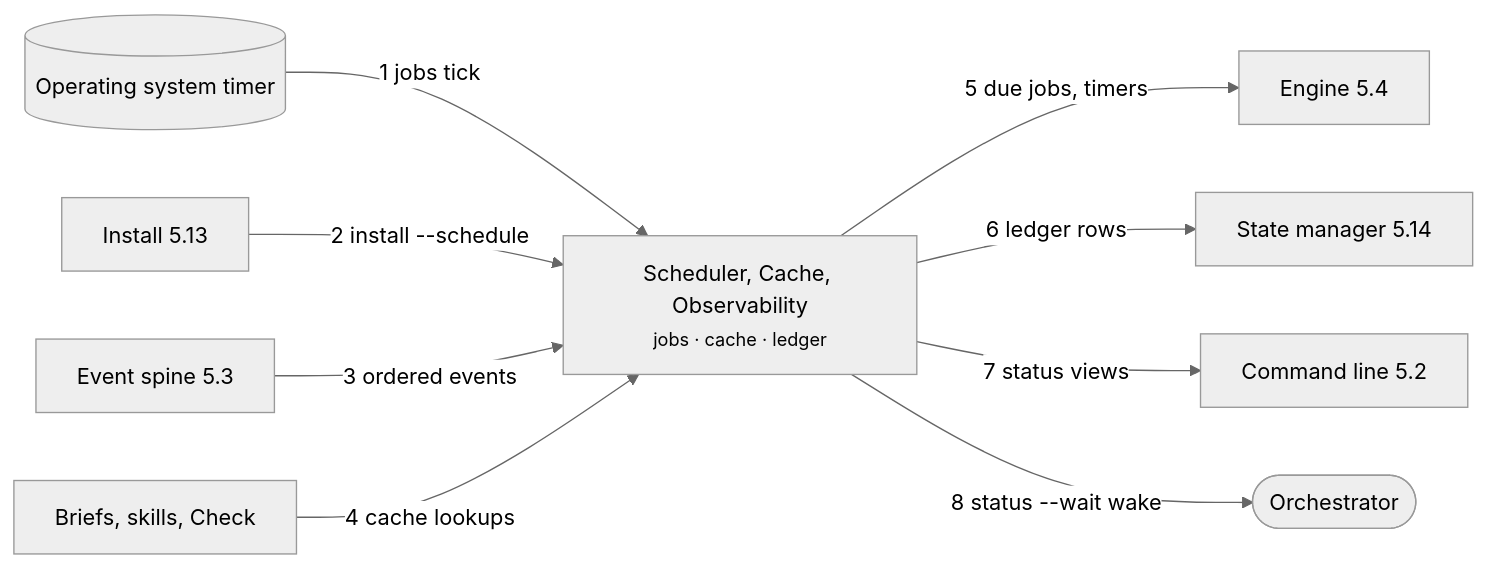
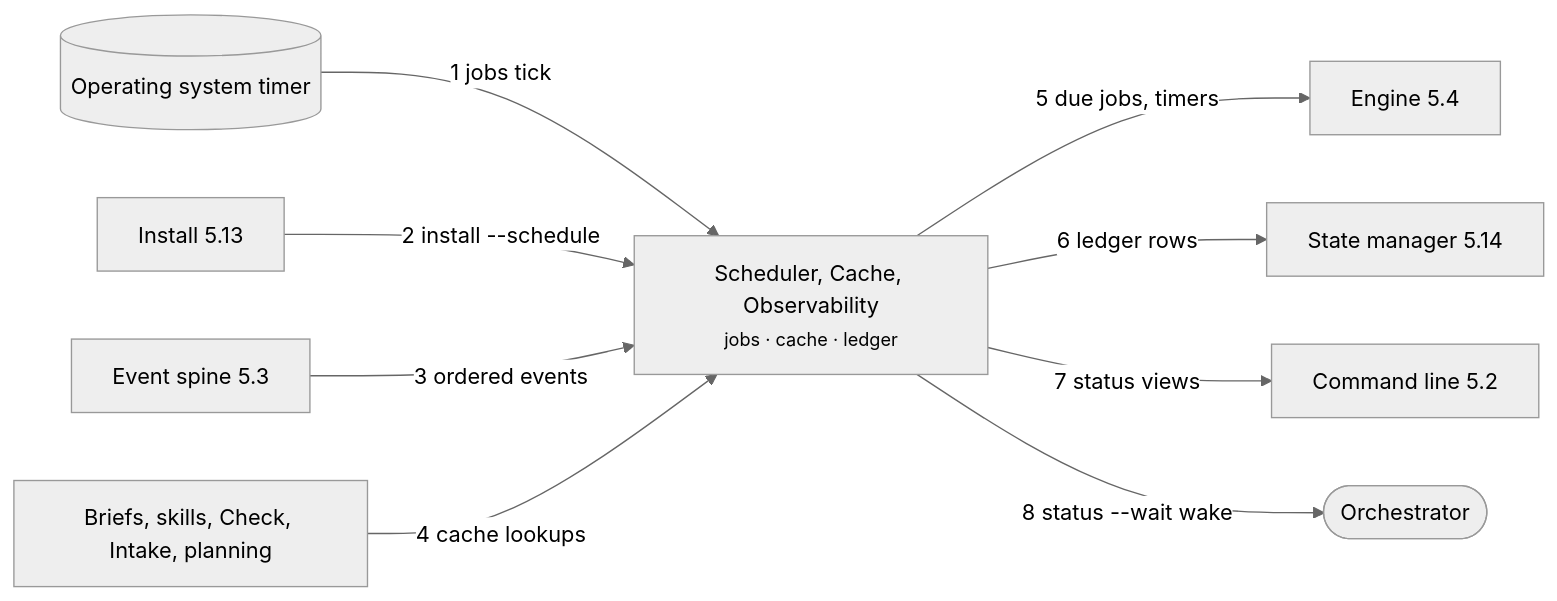
Before and after one commit to rdevitto86/komodo-agentic-harness-coding: diagram 25 of 45 in docs/hld.md, drawn with Mermaid (neutral theme). The commit also changed other lines of this file, not shown here.

````diff
--- a/docs/hld.md
+++ b/docs/hld.md
@@ -1227,20 +1239,20 @@
 ```mermaid
 flowchart LR
   OS[("Operating system timer")]:::ext
   IL["Install 5.13"]
   SP["Event spine 5.3"]
-  BC["Briefs, skills, Check"]
+  BC["Briefs, skills, Check, Intake, planning"]
   SC["Scheduler, Cache, Observability<br><small>jobs · cache · ledger</small>"]:::core
   EN["Engine 5.4"]
   SM["State manager 5.14"]
   CL["Command line 5.2"]
   OR(["Orchestrator"]):::actor
   OS -->|"1 jobs tick"| SC
   IL -->|"2 install --schedule"| SC
   SP -->|"3 ordered events"| SC
   BC -->|"4 cache lookups"| SC
   SC -->|"5 due jobs, timers"| EN
   SC -->|"6 ledger rows"| SM
   SC -->|"7 status views"| CL
   SC -->|"8 status --wait wake"| OR
 ```
````
